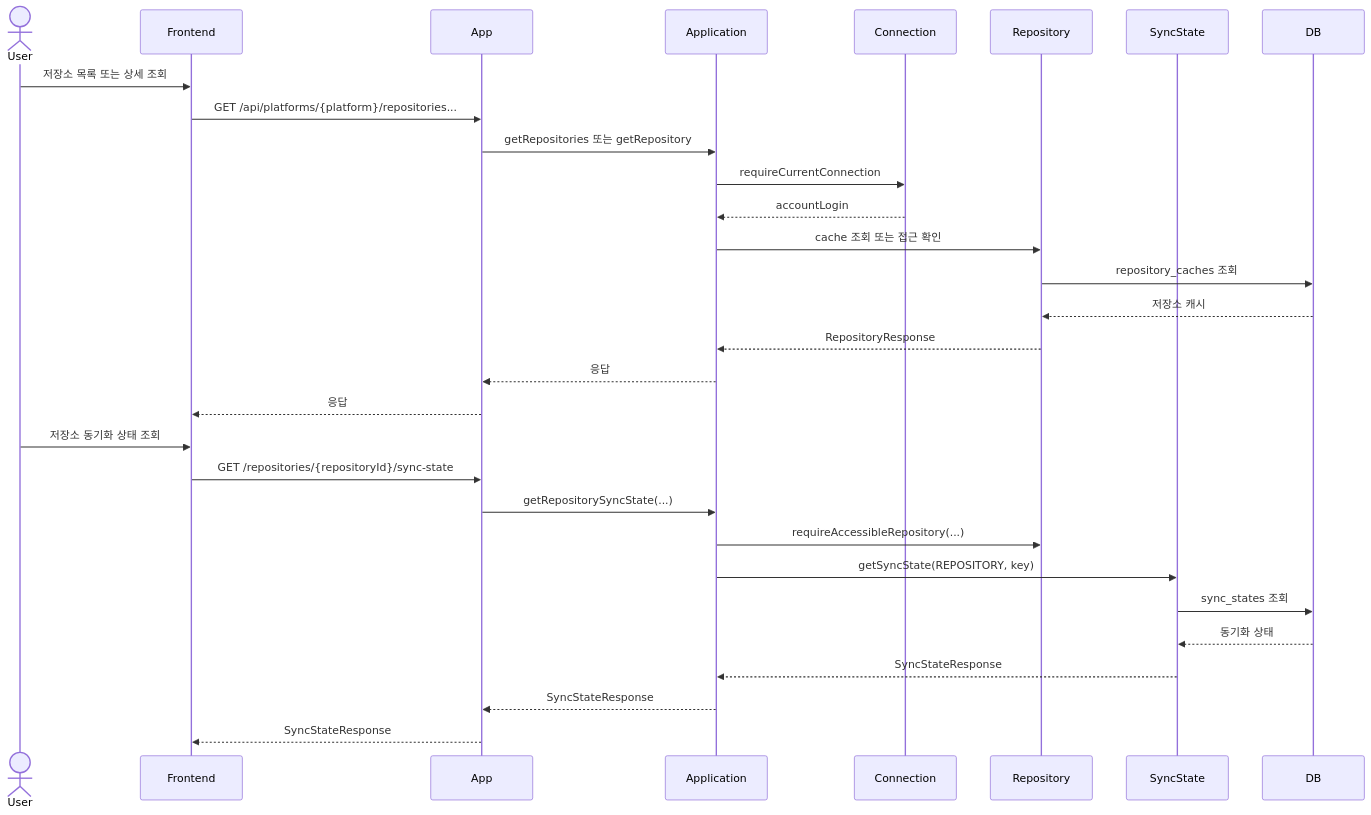
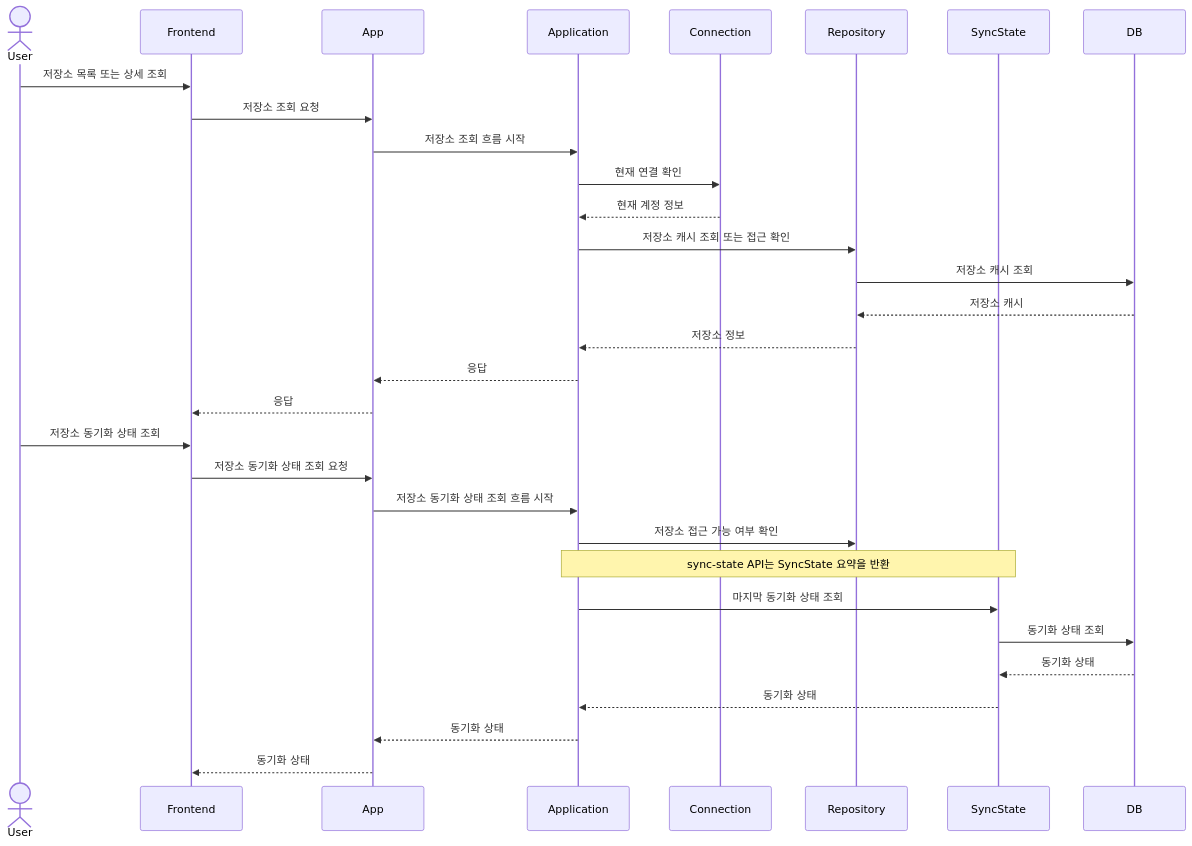
The fourth of 11 diagrams in docs/11-use-case-sequence-diagrams.md (Jungwoook/github-issue-manager), drawn with Mermaid before and after one commit. The commit also changed other lines of this file and 3 other files, not shown here.

````diff
--- a/docs/11-use-case-sequence-diagrams.md
+++ b/docs/11-use-case-sequence-diagrams.md
@@ -109,34 +112,35 @@
 ```mermaid
 sequenceDiagram
     actor User
     participant Frontend
     participant App
     participant Application
     participant Connection
     participant Repository
     participant SyncState
     participant DB
 
     User->>Frontend: 저장소 목록 또는 상세 조회
-    Frontend->>App: GET /api/platforms/{platform}/repositories...
-    App->>Application: getRepositories 또는 getRepository
-    Application->>Connection: requireCurrentConnection
-    Connection-->>Application: accountLogin
-    Application->>Repository: cache 조회 또는 접근 확인
-    Repository->>DB: repository_caches 조회
+    Frontend->>App: 저장소 조회 요청
+    App->>Application: 저장소 조회 흐름 시작
+    Application->>Connection: 현재 연결 확인
+    Connection-->>Application: 현재 계정 정보
+    Application->>Repository: 저장소 캐시 조회 또는 접근 확인
+    Repository->>DB: 저장소 캐시 조회
     DB-->>Repository: 저장소 캐시
-    Repository-->>Application: RepositoryResponse
+    Repository-->>Application: 저장소 정보
     Application-->>App: 응답
     App-->>Frontend: 응답
 
     User->>Frontend: 저장소 동기화 상태 조회
-    Frontend->>App: GET /repositories/{repositoryId}/sync-state
-    App->>Application: getRepositorySyncState(...)
-    Application->>Repository: requireAccessibleRepository(...)
-    Application->>SyncState: getSyncState(REPOSITORY, key)
-    SyncState->>DB: sync_states 조회
+    Frontend->>App: 저장소 동기화 상태 조회 요청
+    App->>Application: 저장소 동기화 상태 조회 흐름 시작
+    Application->>Repository: 저장소 접근 가능 여부 확인
+    Note over Application,SyncState: sync-state API는 SyncState 요약을 반환
+    Application->>SyncState: 마지막 동기화 상태 조회
+    SyncState->>DB: 동기화 상태 조회
     DB-->>SyncState: 동기화 상태
-    SyncState-->>Application: SyncStateResponse
-    Application-->>App: SyncStateResponse
-    App-->>Frontend: SyncStateResponse
+    SyncState-->>Application: 동기화 상태
+    Application-->>App: 동기화 상태
+    App-->>Frontend: 동기화 상태
 ```
````
